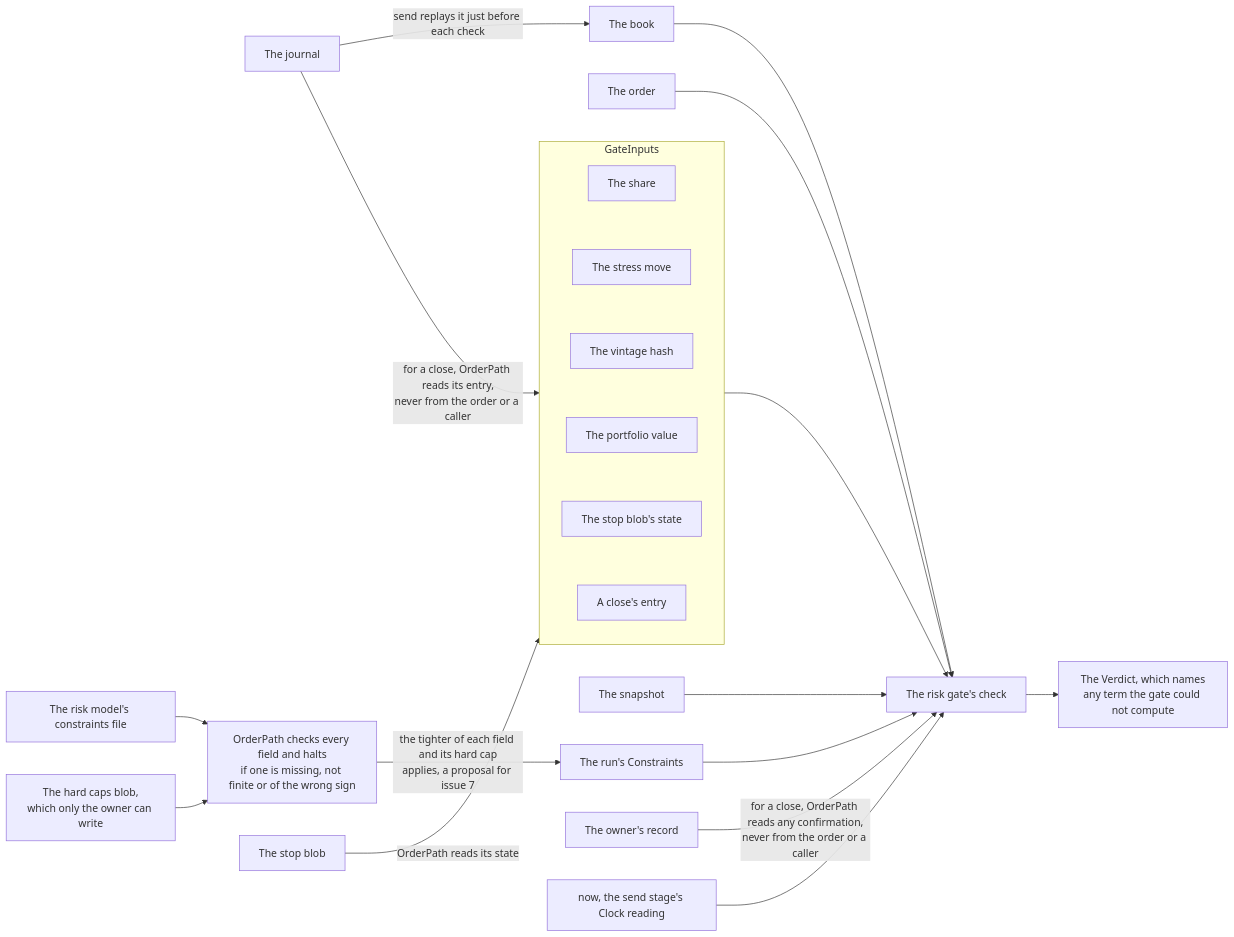
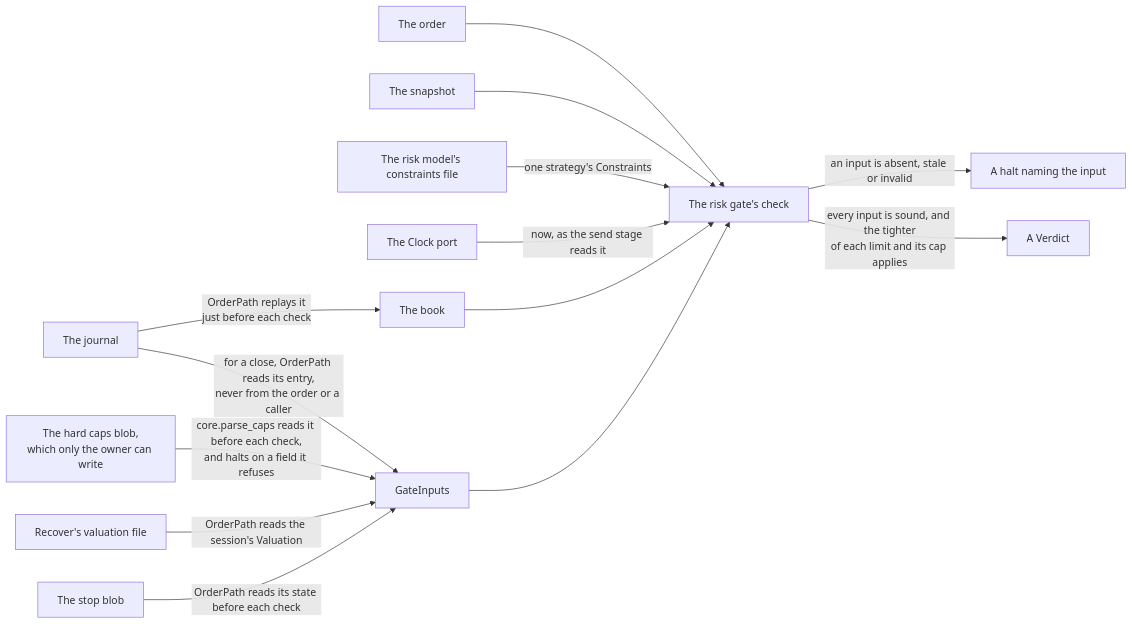
Before and after one commit to l3a0/ithildin-runtime: the sixth of 7 diagrams in docs/architecture/05-building-blocks.md, drawn with Mermaid. The commit also changed other lines of this file and 33 other files, not shown here.

First line of the commit message:
feat(risk): the risk gate, its seven limits and the day's loss reading

````diff
--- a/docs/architecture/05-building-blocks.md
+++ b/docs/architecture/05-building-blocks.md
@@ -955,40 +1031,29 @@
 ```mermaid
 flowchart LR
     order["The order"]
+    snapshot["The snapshot"]
+    file["The risk model's constraints file"]
+    now["The Clock port"]
     journal["The journal"]
     book["The book"]
-    snapshot["The snapshot"]
-    file["The risk model's constraints file"]
+    inputs["GateInputs"]
     caps["The hard caps blob,<br/>which only the owner can write"]
-    checked["OrderPath checks every field and halts<br/>if one is missing, not finite or of the wrong sign"]
-    constraints["The run's Constraints"]
+    v["Recover's valuation file"]
     stop["The stop blob"]
-    owner["The owner's record"]
-    now["now, the send stage's Clock reading"]
-    subgraph inputs["GateInputs"]
-        direction TB
-        share["The share"]
-        stress["The stress move"]
-        vintage["The vintage hash"]
-        value["The portfolio value"]
-        stopstate["The stop blob's state"]
-        closeentry["A close's entry"]
-        share ~~~ stress ~~~ vintage ~~~ value ~~~ stopstate ~~~ closeentry
-    end
     gate["The risk gate's check"]
-    verdict["The Verdict, which names<br/>any term the gate could not compute"]
-    journal -->|"send replays it just before each check"| book
-    file --> checked
-    caps --> checked
-    checked -->|"the tighter of each field and its hard cap<br/>applies, a proposal for issue 7"| constraints
-    stop -->|"OrderPath reads its state"| inputs
+    verdict["A Verdict"]
+    halt["A halt naming the input"]
+    order --> gate
+    snapshot --> gate
+    file -->|"one strategy's Constraints"| gate
+    now -->|"now, as the send stage reads it"| gate
+    book --> gate
+    inputs --> gate
+    journal -->|"OrderPath replays it<br/>just before each check"| book
     journal -->|"for a close, OrderPath reads its entry,<br/>never from the order or a caller"| inputs
-    owner -->|"for a close, OrderPath reads any confirmation,<br/>never from the order or a caller"| gate
-    order --> gate
-    book --> gate
-    snapshot --> gate
-    constraints --> gate
-    inputs --> gate
-    now --> gate
-    gate --> verdict
+    caps -->|"core.parse_caps reads it before each check,<br/>and halts on a field it refuses"| inputs
+    v -->|"OrderPath reads the session's Valuation"| inputs
+    stop -->|"OrderPath reads its state before each check"| inputs
+    gate -->|"an input is absent, stale or invalid"| halt
+    gate -->|"every input is sound, and the tighter<br/>of each limit and its cap applies"| verdict
 ```
````
